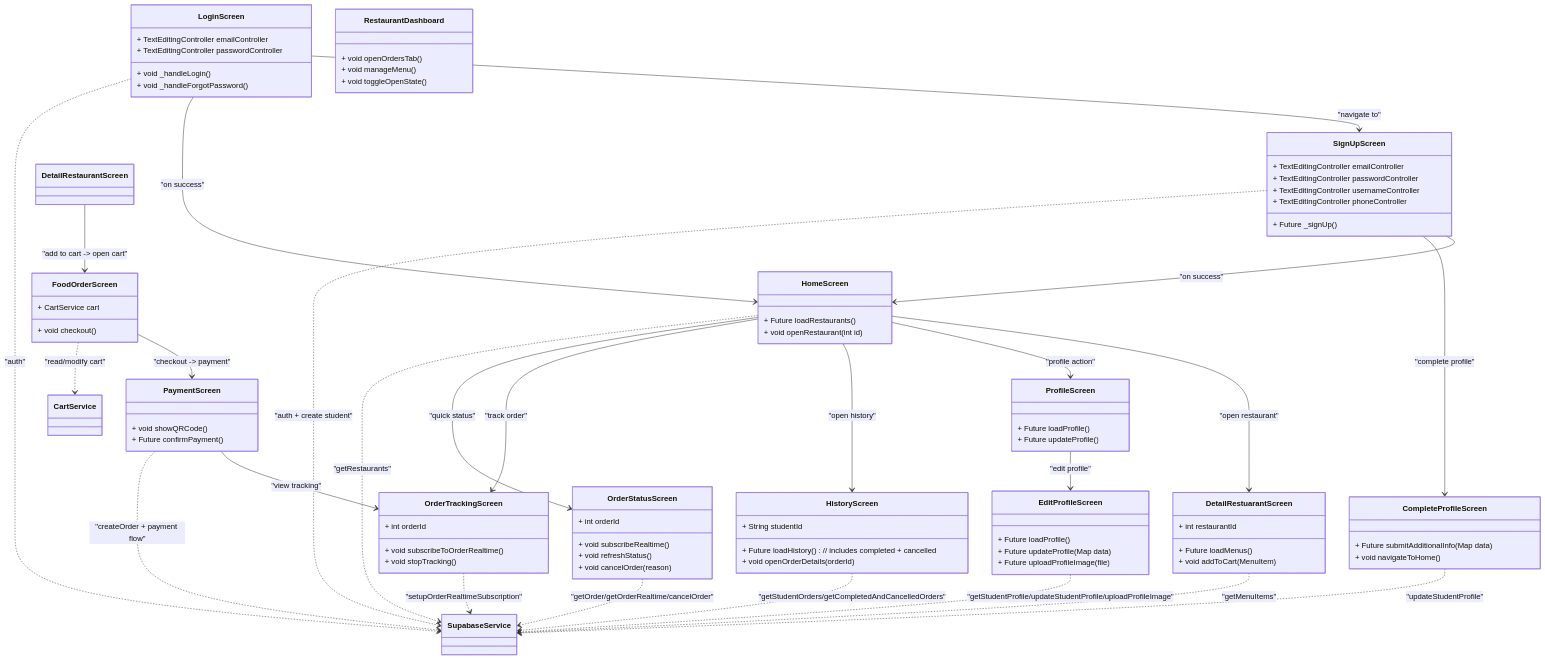
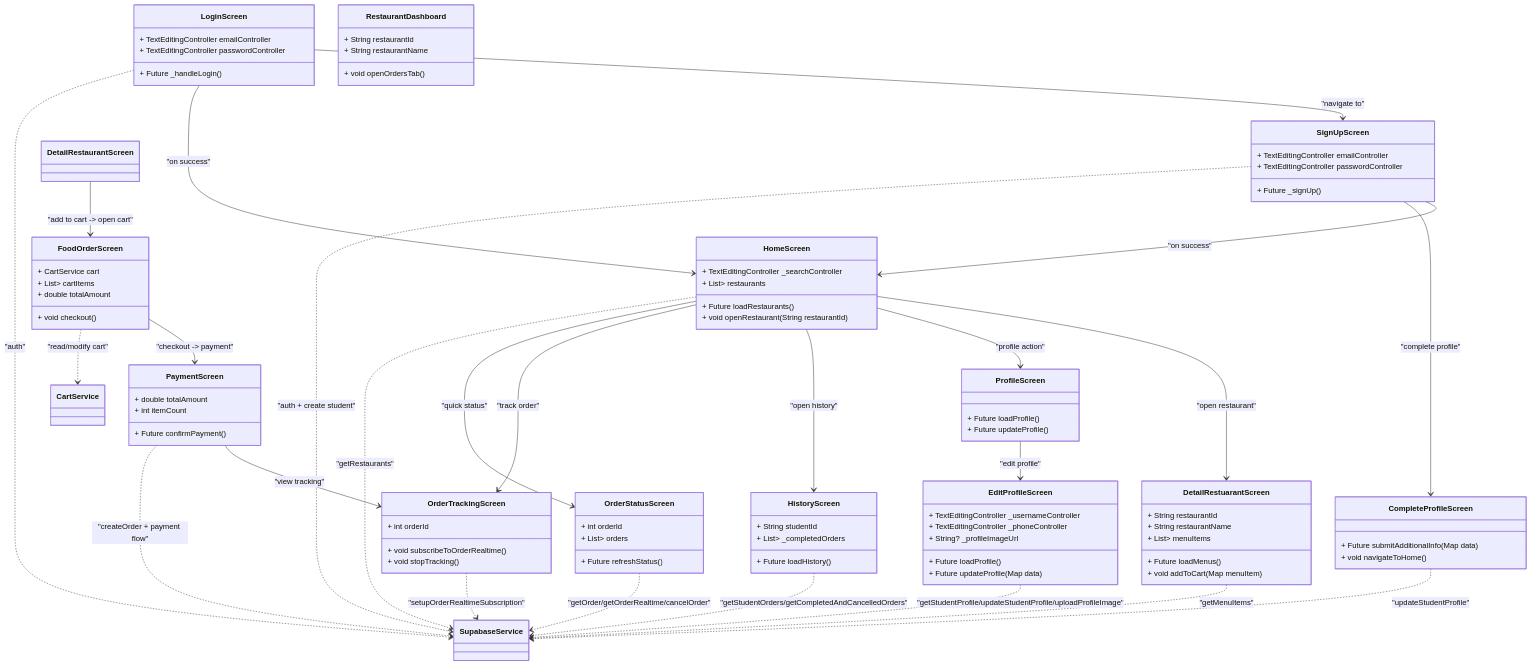
The diagram in docs/diagrams/class_diagram_part2_ui_navigation.mmd (natawigaa/EAT_SCI), drawn with Mermaid before and after one commit. The commit also changed 7 other files, not shown here.

Commit message:
chore(diagrams): regenerate PNGs for all diagrams and apply trimming

```diff
--- a/docs/diagrams/class_diagram_part2_ui_navigation.mmd
+++ b/docs/diagrams/class_diagram_part2_ui_navigation.mmd
@@ -1,111 +1,116 @@
 %% Class diagram — Part 2: UI Screens & Navigation
 %% Generated: 2025-11-07
 %% Purpose: show main screens, navigation flows and relationships to services
 
 classDiagram
 
     class LoginScreen {
         + TextEditingController emailController
         + TextEditingController passwordController
-        + void _handleLogin()
-        + void _handleForgotPassword()
+        + Future<void> _handleLogin()
     }
 
     class SignUpScreen {
         + TextEditingController emailController
         + TextEditingController passwordController
-        + TextEditingController usernameController
-        + TextEditingController phoneController
         + Future<void> _signUp()
     }
 
     class HomeScreen {
+        + TextEditingController _searchController
+        + List<Map<String,dynamic>> restaurants
         + Future<void> loadRestaurants()
-        + void openRestaurant(int id)
+        + void openRestaurant(String restaurantId)
     }
 
     class DetailRestuarantScreen {
-        + int restaurantId
+        + String restaurantId
+        + String restaurantName
+        + List<Map<String,dynamic>> menuItems
         + Future<void> loadMenus()
-        + void addToCart(MenuItem)
+        + void addToCart(Map menuItem)
     }
 
     class OrderStatusScreen {
         + int orderId
-        + void subscribeRealtime()
-        + void refreshStatus()
-        + void cancelOrder(reason)
+        + List<Map<String,dynamic>> orders
+        + Future<void> refreshStatus()
     }
 
     class HistoryScreen {
         + String studentId
-        + Future<void> loadHistory() // includes completed + cancelled
-        + void openOrderDetails(orderId)
+        + List<Map<String,dynamic>> _completedOrders
+        + Future<void> loadHistory()
     }
 
     class EditProfileScreen {
+        + TextEditingController _usernameController
+        + TextEditingController _phoneController
+        + String? _profileImageUrl
         + Future<void> loadProfile()
         + Future<void> updateProfile(Map data)
-        + Future<String?> uploadProfileImage(file)
     }
 
     class OrderTrackingScreen {
         + int orderId
         + void subscribeToOrderRealtime()
         + void stopTracking()
     }
 
     class CompleteProfileScreen {
         + Future<void> submitAdditionalInfo(Map data)
         + void navigateToHome()
     }
 
     class FoodOrderScreen {
         + CartService cart
+        + List<Map<String,dynamic>> cartItems
+        + double totalAmount
         + void checkout()
     }
 
     class PaymentScreen {
-        + void showQRCode()
+        + double totalAmount
+        + int itemCount
         + Future<void> confirmPayment()
     }
 
     class ProfileScreen {
         + Future<void> loadProfile()
         + Future<void> updateProfile()
     }
 
     class RestaurantDashboard {
+        + String restaurantId
+        + String restaurantName
         + void openOrdersTab()
-        + void manageMenu()
-        + void toggleOpenState()
     }
 
     %% Navigation relations
     LoginScreen --> SignUpScreen : "navigate to"
     LoginScreen --> HomeScreen : "on success"
     SignUpScreen --> HomeScreen : "on success"
     HomeScreen --> DetailRestuarantScreen : "open restaurant"
     DetailRestaurantScreen --> FoodOrderScreen : "add to cart -> open cart"
     FoodOrderScreen --> PaymentScreen : "checkout -> payment"
     HomeScreen --> ProfileScreen : "profile action"
 
     HomeScreen --> HistoryScreen : "open history"
     HomeScreen --> OrderTrackingScreen : "track order"
     HomeScreen --> OrderStatusScreen : "quick status"
     ProfileScreen --> EditProfileScreen : "edit profile"
     SignUpScreen --> CompleteProfileScreen : "complete profile"
     PaymentScreen --> OrderTrackingScreen : "view tracking"
 
     %% Service usage
     LoginScreen ..> SupabaseService : "auth"
     SignUpScreen ..> SupabaseService : "auth + create student"
     HomeScreen ..> SupabaseService : "getRestaurants"
     DetailRestuarantScreen ..> SupabaseService : "getMenuItems"
     FoodOrderScreen ..> CartService : "read/modify cart"
     PaymentScreen ..> SupabaseService : "createOrder + payment flow"
     OrderStatusScreen ..> SupabaseService : "getOrder/getOrderRealtime/cancelOrder"
     HistoryScreen ..> SupabaseService : "getStudentOrders/getCompletedAndCancelledOrders"
     EditProfileScreen ..> SupabaseService : "getStudentProfile/updateStudentProfile/uploadProfileImage"
     OrderTrackingScreen ..> SupabaseService : "setupOrderRealtimeSubscription"
     CompleteProfileScreen ..> SupabaseService : "updateStudentProfile"
```
